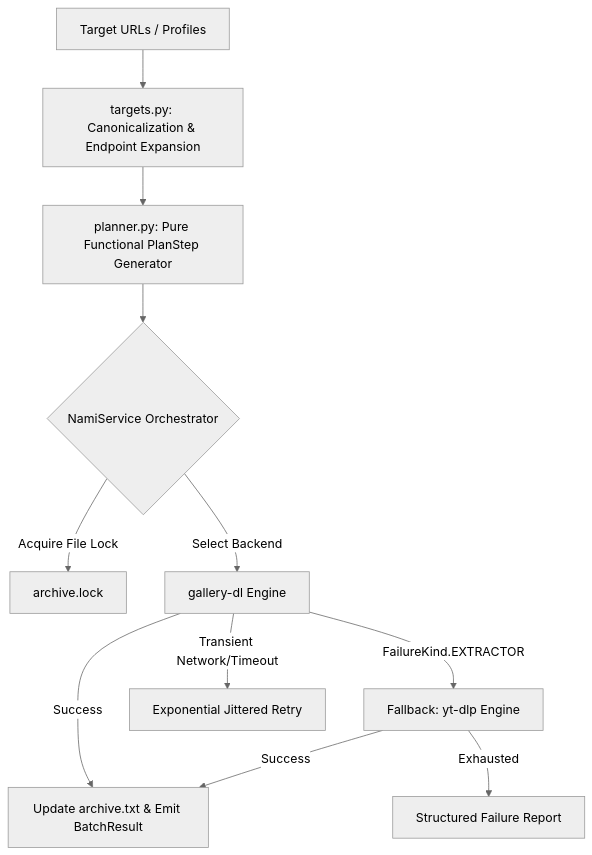
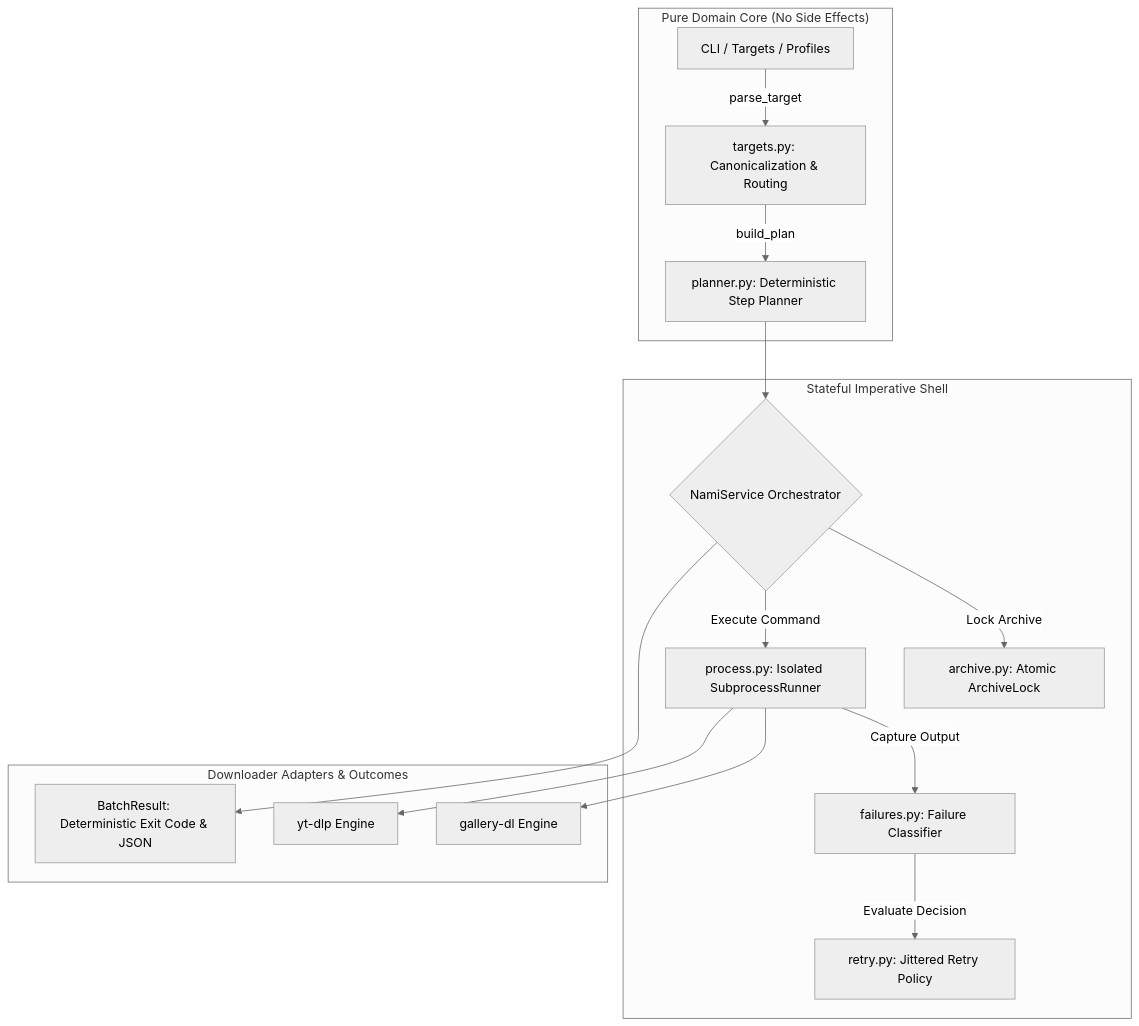
Before and after one commit to OpenSelena/nami: the diagram in README.md, drawn with Mermaid (neutral theme). The commit also changed other lines of this file, not shown here.

````diff
--- a/README.md
+++ b/README.md
@@ -65,13 +101,21 @@
 ```mermaid
 flowchart TD
-    A[Target URLs / Profiles] --> B[targets.py: Canonicalization & Endpoint Expansion]
-    B --> C[planner.py: Pure Functional PlanStep Generator]
-    C --> D{NamiService Orchestrator}
-    D -->|Acquire File Lock| E[archive.lock]
-    D -->|Select Backend| F[gallery-dl Engine]
-    F -->|Success| G[Update archive.txt & Emit BatchResult]
-    F -->|FailureKind.EXTRACTOR| H[Fallback: yt-dlp Engine]
-    F -->|Transient Network/Timeout| I[Exponential Jittered Retry]
-    H -->|Success| G
-    H -->|Exhausted| J[Structured Failure Report]
+    subgraph Planning ["Pure Domain Core (No Side Effects)"]
+        A[CLI / Targets / Profiles] -->|parse_target| B[targets.py: Canonicalization & Routing]
+        B -->|build_plan| C[planner.py: Deterministic Step Planner]
+    end
+
+    subgraph Execution ["Stateful Imperative Shell"]
+        C --> D{NamiService Orchestrator}
+        D -->|Lock Archive| E[archive.py: Atomic ArchiveLock]
+        D -->|Execute Command| F[process.py: Isolated SubprocessRunner]
+        F -->|Capture Output| G[failures.py: Failure Classifier]
+        G -->|Evaluate Decision| H[retry.py: Jittered Retry Policy]
+    end
+
+    subgraph Output ["Downloader Adapters & Outcomes"]
+        F --> I[gallery-dl Engine]
+        F --> J[yt-dlp Engine]
+        D --> K[BatchResult: Deterministic Exit Code & JSON]
+    end
 ```
````
